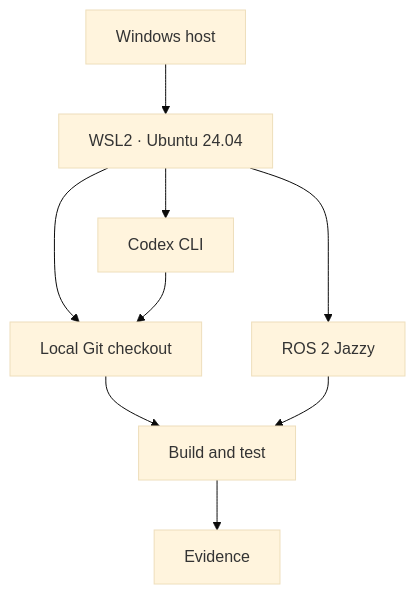
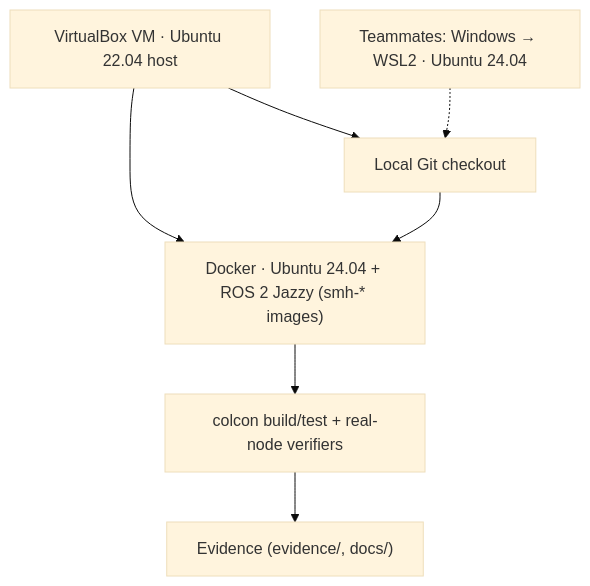
One commit to smart-mobility-lab-team-C/smart-mobility-hub changed the first of 4 diagrams in docs/architecture.md. Above: the diagram before and after it, drawn with Mermaid (base theme). The commit also changed other lines of this file and 17 other files, not shown here.

````diff
--- a/docs/architecture.md
+++ b/docs/architecture.md
@@ -7,11 +10,9 @@
 ```mermaid
 flowchart TD
-  W["Windows host"] --> L["WSL2 · Ubuntu 24.04"]
-  L --> C["Codex CLI"]
-  L --> R["ROS 2 Jazzy"]
-  L --> G["Local Git checkout"]
-  C --> G
-  G --> B["Build and test"]
-  R --> B
-  B --> E["Evidence"]
+  H["VirtualBox VM · Ubuntu 22.04 host"] --> D["Docker · Ubuntu 24.04 + ROS 2 Jazzy (smh-* images)"]
+  H --> G["Local Git checkout"]
+  G --> D
+  D --> B["colcon build/test + real-node verifiers"]
+  B --> E["Evidence (evidence/, docs/)"]
+  W["Teammates: Windows → WSL2 · Ubuntu 24.04"] -.-> G
 ```
````
